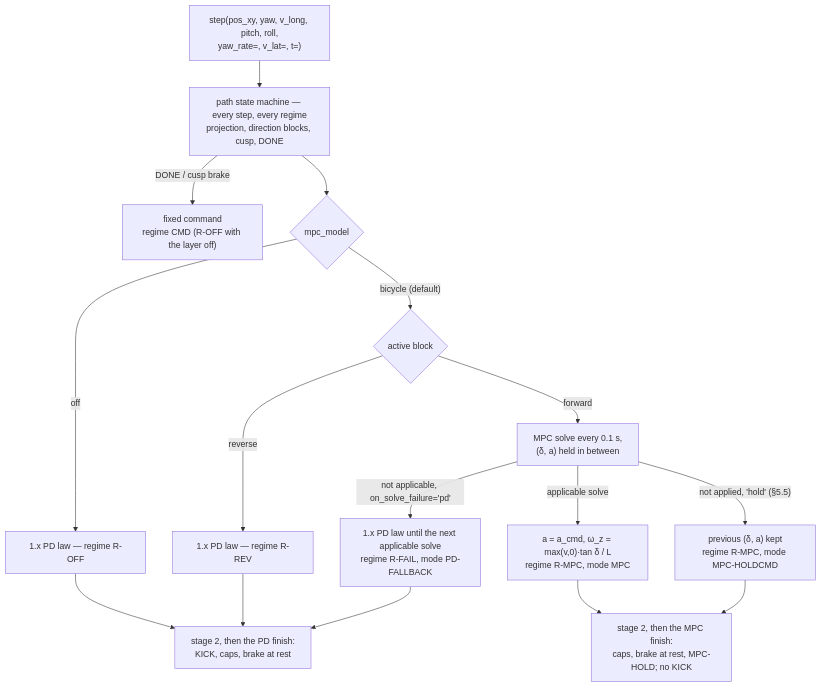
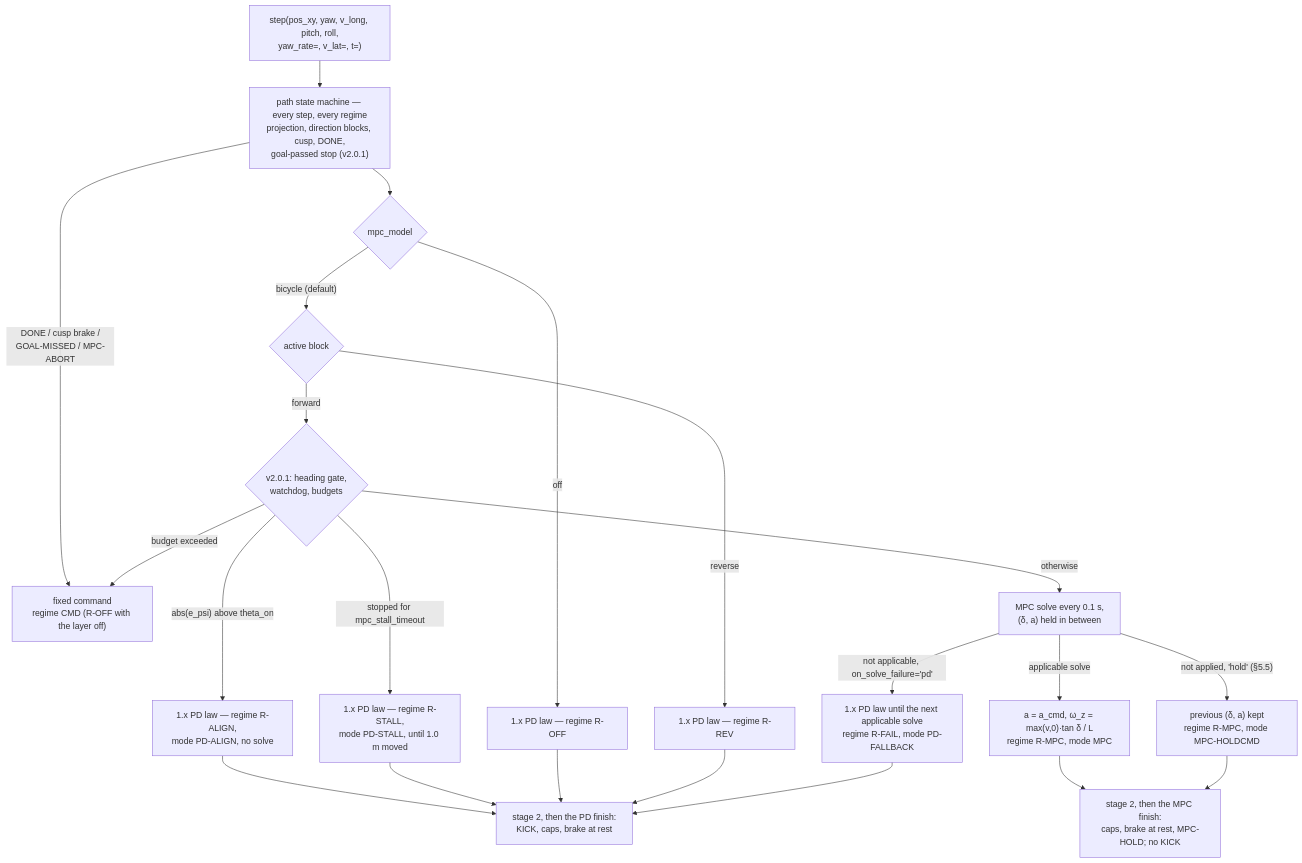
One commit to korfriend/GenesisVehicle changed the fifth of 6 diagrams in docs/path-following.md. Above: the diagram before and after it, drawn with Mermaid. The commit also changed other lines of this file and 24 other files, not shown here.

First line of the commit message:
v2.0.1: PathFollower — fix the misaligned-start stall, goal-passed stop, PD travel budgets

````diff
--- a/docs/path-following.md
+++ b/docs/path-following.md
@@ -1030,18 +1085,24 @@
 ```mermaid
 flowchart TD
-    S["step(pos_xy, yaw, v_long, pitch, roll,<br/>yaw_rate=, v_lat=, t=)"] --> SM["path state machine — every step, every regime<br/>projection, direction blocks, cusp, DONE"]
-    SM -->|"DONE / cusp brake"| CMD["fixed command<br/>regime CMD (R-OFF with the layer off)"]
+    S["step(pos_xy, yaw, v_long, pitch, roll,<br/>yaw_rate=, v_lat=, t=)"] --> SM["path state machine — every step, every regime<br/>projection, direction blocks, cusp, DONE,<br/>goal-passed stop (v2.0.1)"]
+    SM -->|"DONE / cusp brake /<br/>GOAL-MISSED / MPC-ABORT"| CMD["fixed command<br/>regime CMD (R-OFF with the layer off)"]
     SM --> M{"mpc_model"}
     M -->|"off"| OFF["1.x PD law — regime R-OFF"]
     M -->|"bicycle (default)"| B{"active block"}
     B -->|"reverse"| REV["1.x PD law — regime R-REV"]
-    B -->|"forward"| SOL["MPC solve every 0.1 s,<br/>(δ, a) held in between"]
+    B -->|"forward"| G{"v2.0.1: heading gate,<br/>watchdog, budgets"}
+    G -->|"abs(e_psi) above theta_on"| AL["1.x PD law — regime R-ALIGN,<br/>mode PD-ALIGN, no solve"]
+    G -->|"stopped for mpc_stall_timeout"| ST["1.x PD law — regime R-STALL,<br/>mode PD-STALL, until 1.0 m moved"]
+    G -->|"budget exceeded"| CMD
+    G -->|"otherwise"| SOL["MPC solve every 0.1 s,<br/>(δ, a) held in between"]
+    AL --> PDF
+    ST --> PDF
     SOL -->|"applicable solve"| RM["a = a_cmd, ω_z = max(v,0)·tan δ / L<br/>regime R-MPC, mode MPC"]
     SOL -->|"not applicable, on_solve_failure='pd'"| FAIL["1.x PD law until the next applicable solve<br/>regime R-FAIL, mode PD-FALLBACK"]
     SOL -->|"not applied, 'hold' (§5.5)"| HC["previous (δ, a) kept<br/>regime R-MPC, mode MPC-HOLDCMD"]
     OFF --> PDF["stage 2, then the PD finish:<br/>KICK, caps, brake at rest"]
     REV --> PDF
     FAIL --> PDF
     RM --> MF["stage 2, then the MPC finish:<br/>caps, brake at rest, MPC-HOLD; no KICK"]
     HC --> MF
 ```
````
